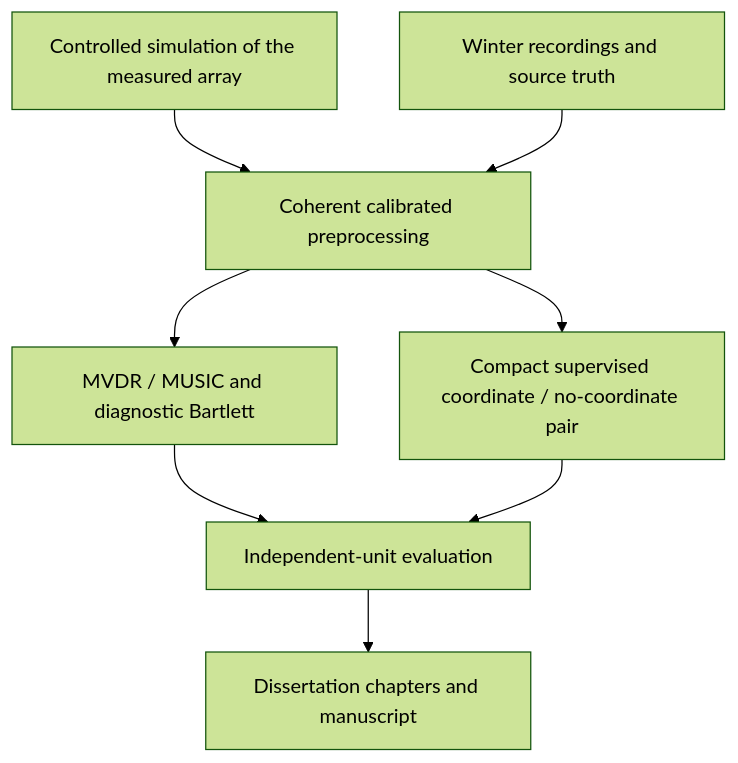
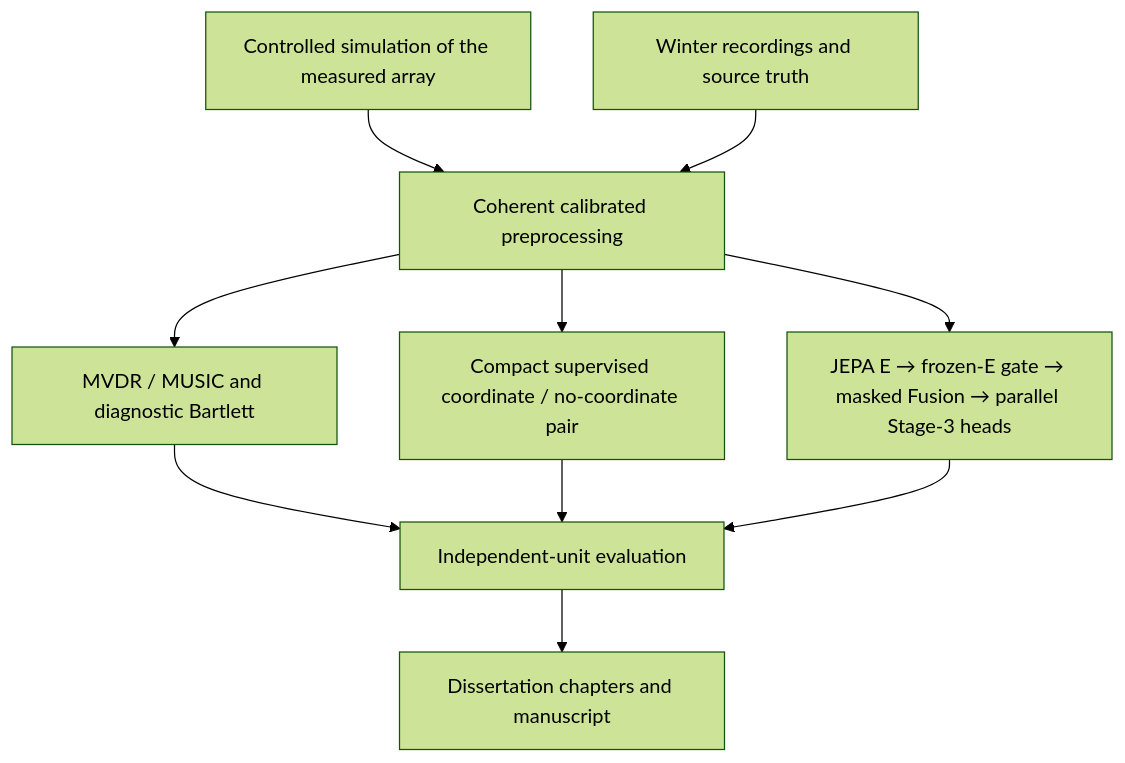
The diagram in docs/research/framework/overview.md (NikitaS2001/hydroacoustic-doa), drawn with Mermaid (forest theme) before and after one commit. The commit also changed other lines of this file and 17 other files, not shown here.

Commit message:
docs: adopt three-stage JEPA protocol and streamline entry points

````diff
--- a/docs/research/framework/overview.md
+++ b/docs/research/framework/overview.md
@@ -20,10 +20,12 @@
 ```mermaid
 graph TD
     S[Controlled simulation of the measured array] --> P[Coherent calibrated preprocessing]
     R[Winter recordings and source truth] --> P
     P --> C[MVDR / MUSIC and diagnostic Bartlett]
     P --> N[Compact supervised coordinate / no-coordinate pair]
+    P --> J[JEPA E → frozen-E gate → masked Fusion → parallel Stage-3 heads]
     C --> E[Independent-unit evaluation]
     N --> E
+    J --> E
     E --> W[Dissertation chapters and manuscript]
 ```
````
